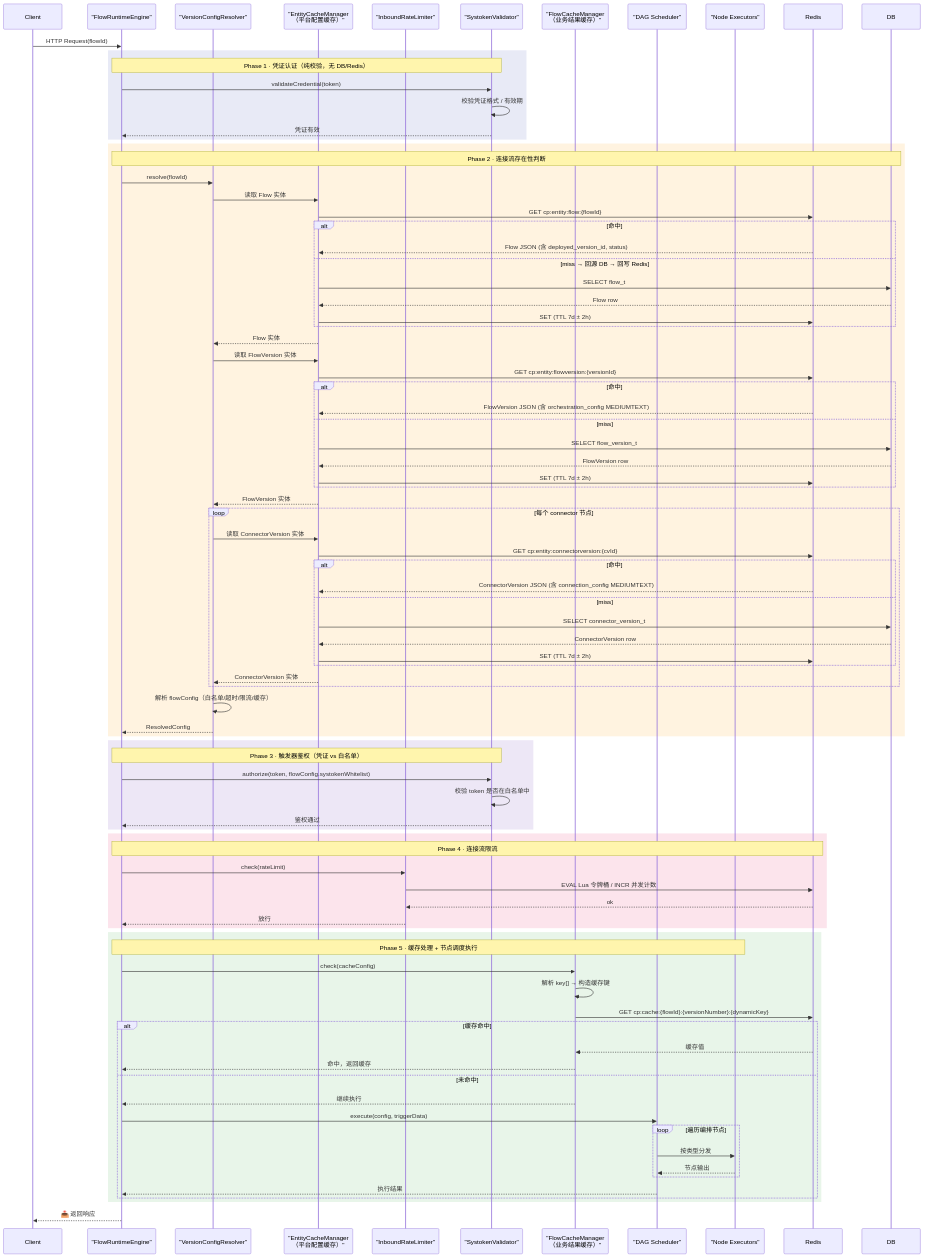
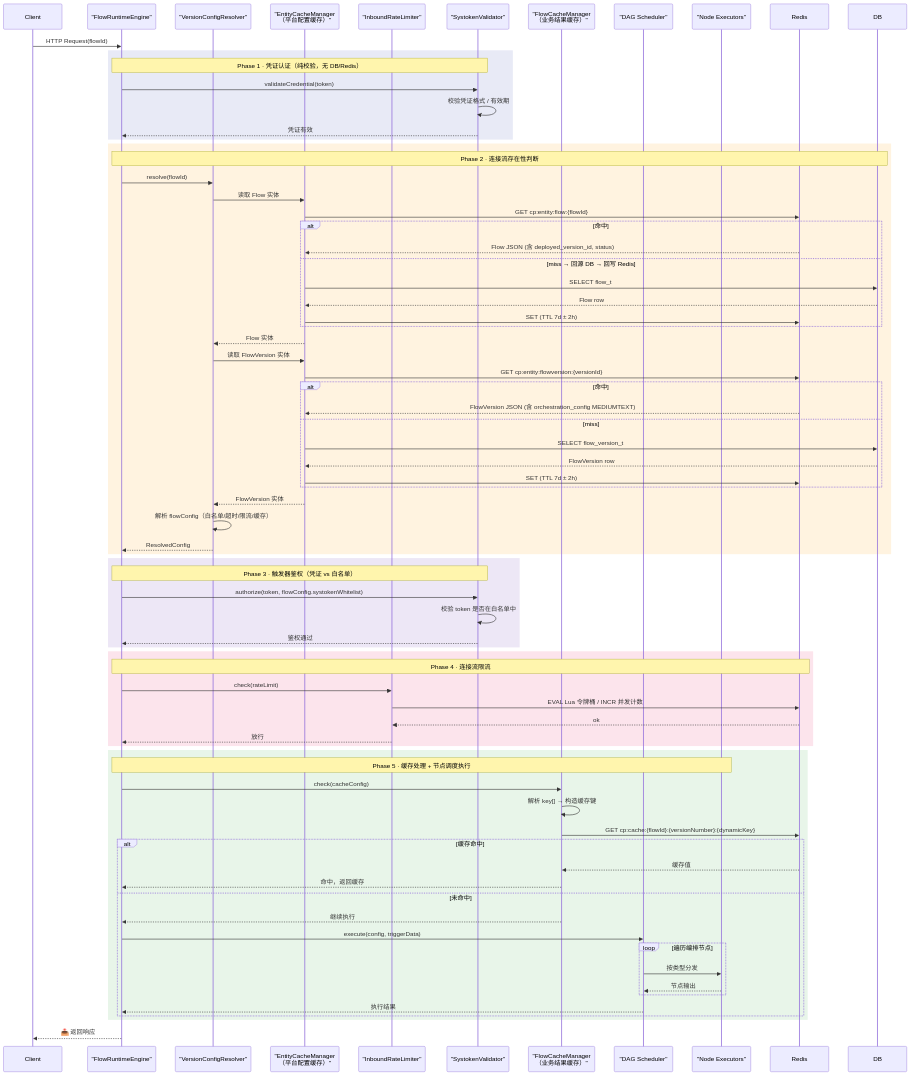
One commit to THZSummer/open-app changed the third of 16 diagrams in .sddu/specs-tree-root/specs-tree-connector-platform-v3/plan-runtime.md. Above: the diagram before and after it, drawn with Mermaid. The commit also changed other lines of this file and 1 other file, not shown here.

Commit message:
refactor: 运行时不再查询 ConnectorVersion — 编排节点 connectorConfig 快照已自包含
- plan-runtime.md: 时序图删除 ConnectorVersion 查询循环，模块表/错误处理/缓存策略同步
- plan-cache.md: 简化 connector 节点配置读取路径，直接从 node.data.connectorConfig 取

```diff
--- a/.sddu/specs-tree-root/specs-tree-connector-platform-v3/plan-runtime.md
+++ b/.sddu/specs-tree-root/specs-tree-connector-platform-v3/plan-runtime.md
@@ -183,19 +183,6 @@
         end
         EC-->>VCR: FlowVersion 实体
 
-        loop 每个 connector 节点
-            VCR->>EC: 读取 ConnectorVersion 实体
-            EC->>Redis: GET cp:entity:connectorversion:{cvId}
-            alt 命中
-                Redis-->>EC: ConnectorVersion JSON (含 connection_config MEDIUMTEXT)
-            else miss
-                EC->>DB: SELECT connector_version_t
-                DB-->>EC: ConnectorVersion row
-                EC->>Redis: SET (TTL 7d ± 2h)
-            end
-            EC-->>VCR: ConnectorVersion 实体
-        end
-
         VCR->>VCR: 解析 flowConfig（白名单/超时/限流/缓存）
         VCR-->>Runtime: ResolvedConfig
     end
```
